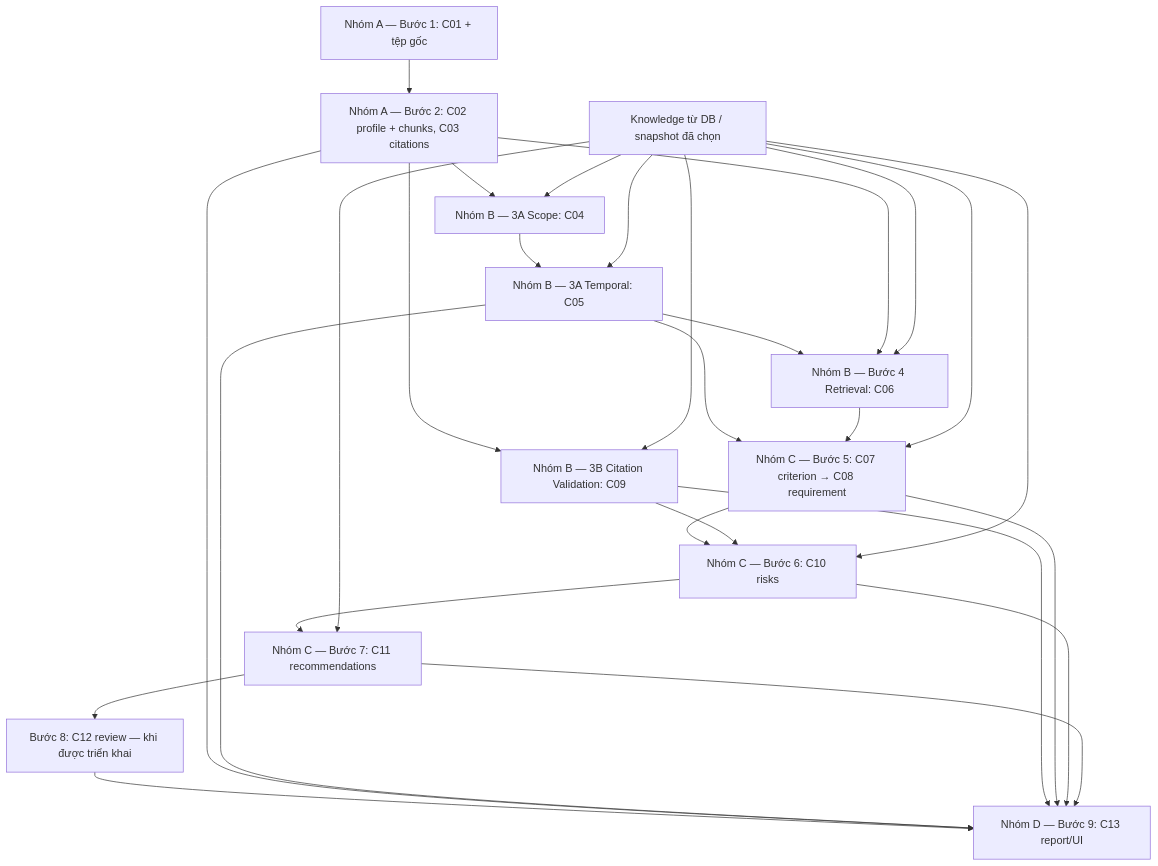
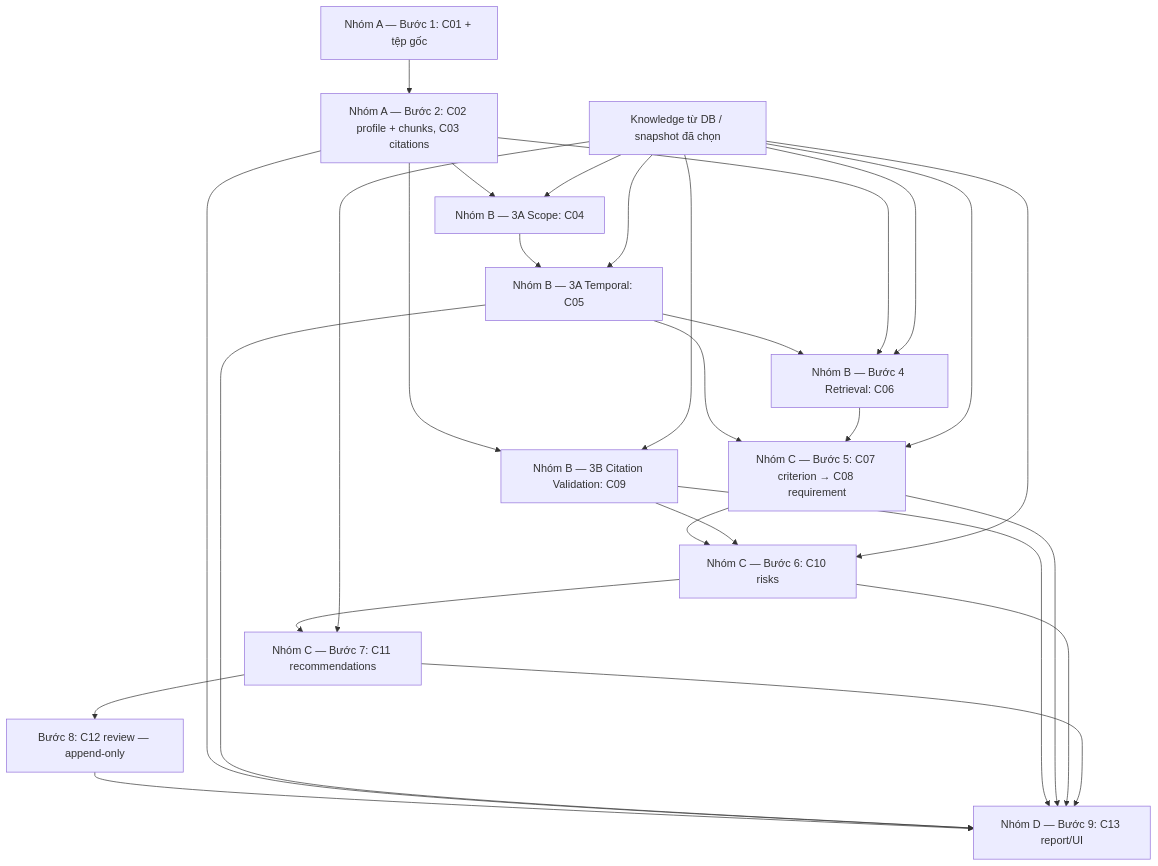
Before and after one commit to chiendz11/Legal-Ai-Compliance-Checker: the diagram in docs/modules/README.md, drawn with Mermaid. The commit also changed other lines of this file and 244 other files, not shown here.

````diff
--- a/docs/modules/README.md
+++ b/docs/modules/README.md
@@ -116,29 +120,29 @@
 ```mermaid
 flowchart TD
     A["Nhóm A — Bước 1: C01 + tệp gốc"] --> B["Nhóm A — Bước 2: C02 profile + chunks, C03 citations"]
     B --> S["Nhóm B — 3A Scope: C04"]
     S --> T["Nhóm B — 3A Temporal: C05"]
     B --> V["Nhóm B — 3B Citation Validation: C09"]
     T --> R["Nhóm B — Bước 4 Retrieval: C06"]
     B --> R
     T --> C["Nhóm C — Bước 5: C07 criterion → C08 requirement"]
     R --> C
     C --> K["Nhóm C — Bước 6: C10 risks"]
     V --> K
     K --> N["Nhóm C — Bước 7: C11 recommendations"]
-    N --> H["Bước 8: C12 review — khi được triển khai"]
+    N --> H["Bước 8: C12 review — append-only"]
     H --> P["Nhóm D — Bước 9: C13 report/UI"]
     B --> P
     T --> P
     V --> P
     C --> P
     K --> P
     N --> P
     DB["Knowledge từ DB / snapshot đã chọn"] --> S
     DB --> T
     DB --> V
     DB --> R
     DB --> C
     DB --> K
     DB --> N
 ```
````
